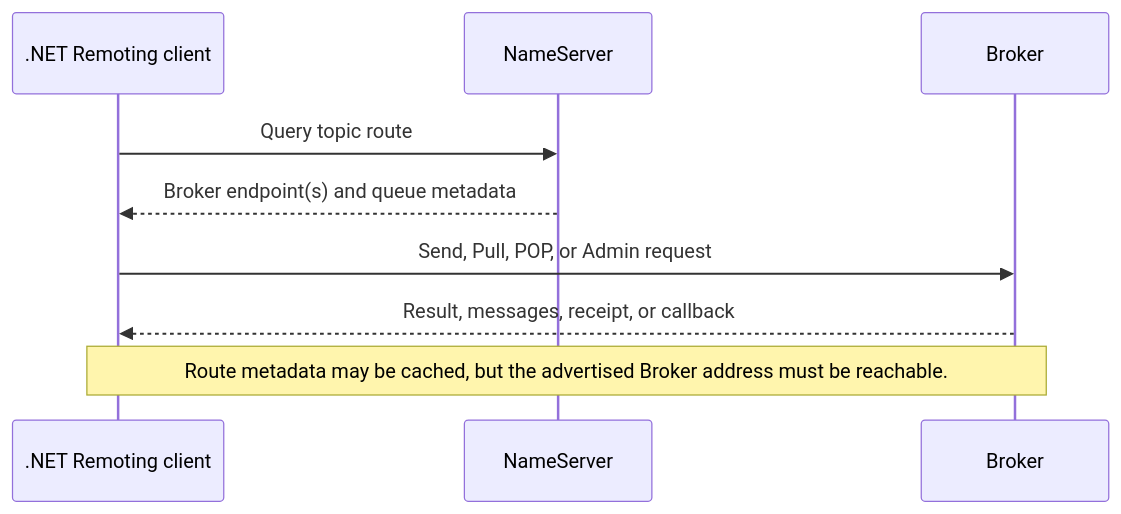
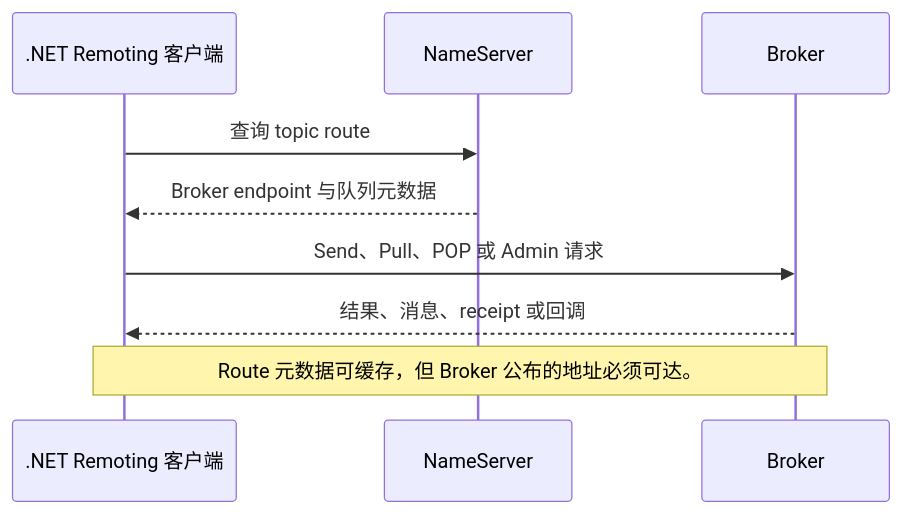
The second of 6 diagrams in docs/zh-CN/architecture/rocketmq-architecture.md (eventhorizon-cli/EventHorizon.RocketMQ), drawn with Mermaid before and after one commit. The commit also changed other lines of this file and 88 other files, not shown here.

````diff
--- a/docs/zh-CN/architecture/rocketmq-architecture.md
+++ b/docs/zh-CN/architecture/rocketmq-architecture.md
@@ -52,12 +52,12 @@
 ```mermaid
 sequenceDiagram
-    participant App as .NET Remoting client
+    participant App as .NET Remoting 客户端
     participant NS as NameServer
     participant Broker as Broker
 
-    App->>NS: Query topic route
-    NS-->>App: Broker endpoint(s) and queue metadata
-    App->>Broker: Send, Pull, POP, or Admin request
-    Broker-->>App: Result, messages, receipt, or callback
-    Note over App,Broker: Route metadata may be cached, but the advertised Broker address must be reachable.
+    App->>NS: 查询 topic route
+    NS-->>App: Broker endpoint 与队列元数据
+    App->>Broker: Send、Pull、POP 或 Admin 请求
+    Broker-->>App: 结果、消息、receipt 或回调
+    Note over App,Broker: Route 元数据可缓存，但 Broker 公布的地址必须可达。
 ```
````
